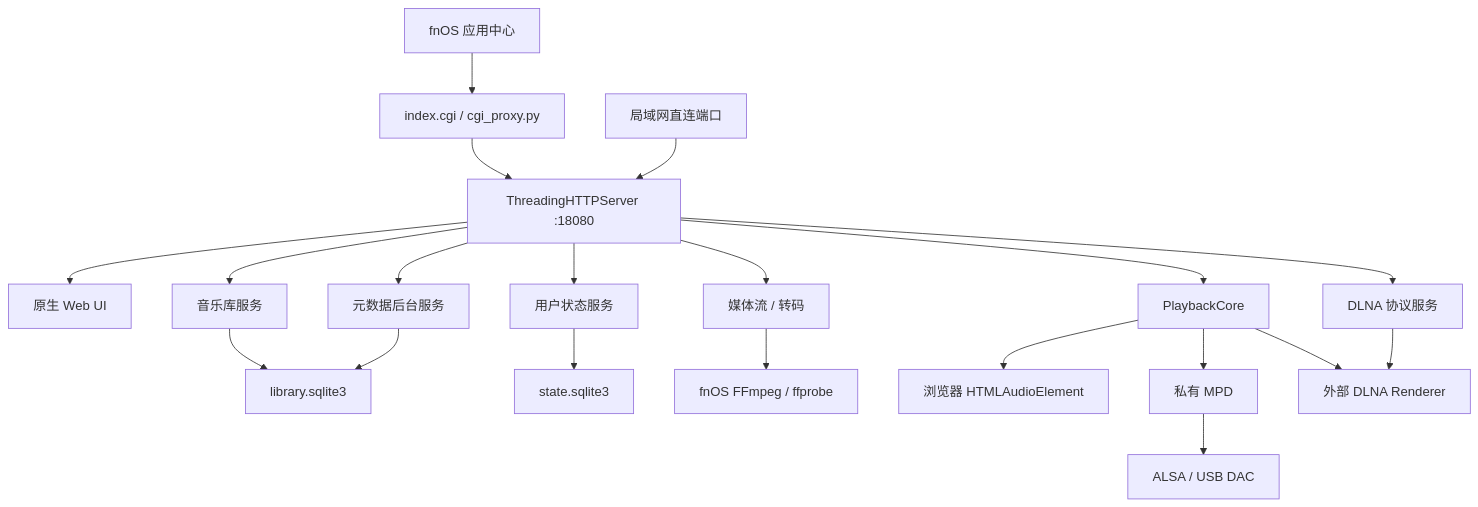
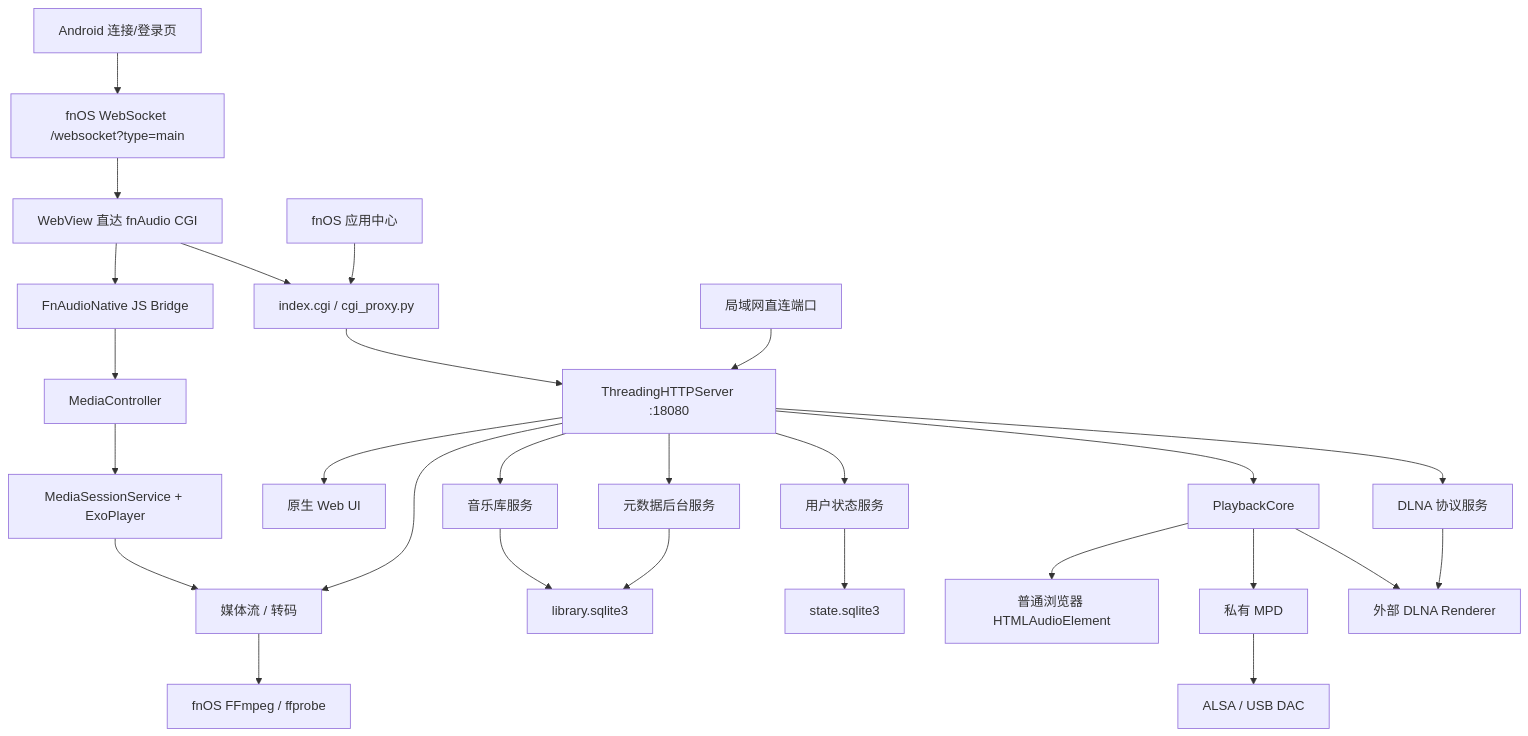
One commit to vinson023/fnaudio changed the diagram in ARCHITECTURE.md. Above: the diagram before and after it, drawn with Mermaid. The commit also changed other lines of this file and 48 other files, not shown here.

````diff
--- a/ARCHITECTURE.md
+++ b/ARCHITECTURE.md
@@ -19,25 +21,33 @@
 ```mermaid
 flowchart TD
+    LOGIN["Android 连接/登录页"] --> WS["fnOS WebSocket /websocket?type=main"]
+    WS --> WEBVIEW["WebView 直达 fnAudio CGI"]
+    WEBVIEW --> CGI
+    WEBVIEW --> BRIDGE["FnAudioNative JS Bridge"]
+    BRIDGE --> CONTROLLER["MediaController"]
+    CONTROLLER --> SERVICE["MediaSessionService + ExoPlayer"]
+    SERVICE --> MEDIA
+
     FNOS["fnOS 应用中心"] --> CGI["index.cgi / cgi_proxy.py"]
     CGI --> HTTP["ThreadingHTTPServer :18080"]
     DIRECT["局域网直连端口"] --> HTTP
 
     HTTP --> UI["原生 Web UI"]
     HTTP --> LIB["音乐库服务"]
     HTTP --> CORE["PlaybackCore"]
     HTTP --> DLNA["DLNA 协议服务"]
     HTTP --> META["元数据后台服务"]
     HTTP --> STATE["用户状态服务"]
     HTTP --> MEDIA["媒体流 / 转码"]
 
     LIB --> DB["library.sqlite3"]
     META --> DB
     STATE --> SDB["state.sqlite3"]
     MEDIA --> FFMPEG["fnOS FFmpeg / ffprobe"]
 
-    CORE --> BROWSER["浏览器 HTMLAudioElement"]
+    CORE --> BROWSER["普通浏览器 HTMLAudioElement"]
     CORE --> MPD["私有 MPD"]
     MPD --> ALSA["ALSA / USB DAC"]
     CORE --> EXTERNAL["外部 DLNA Renderer"]
     DLNA --> EXTERNAL
 ```
````
